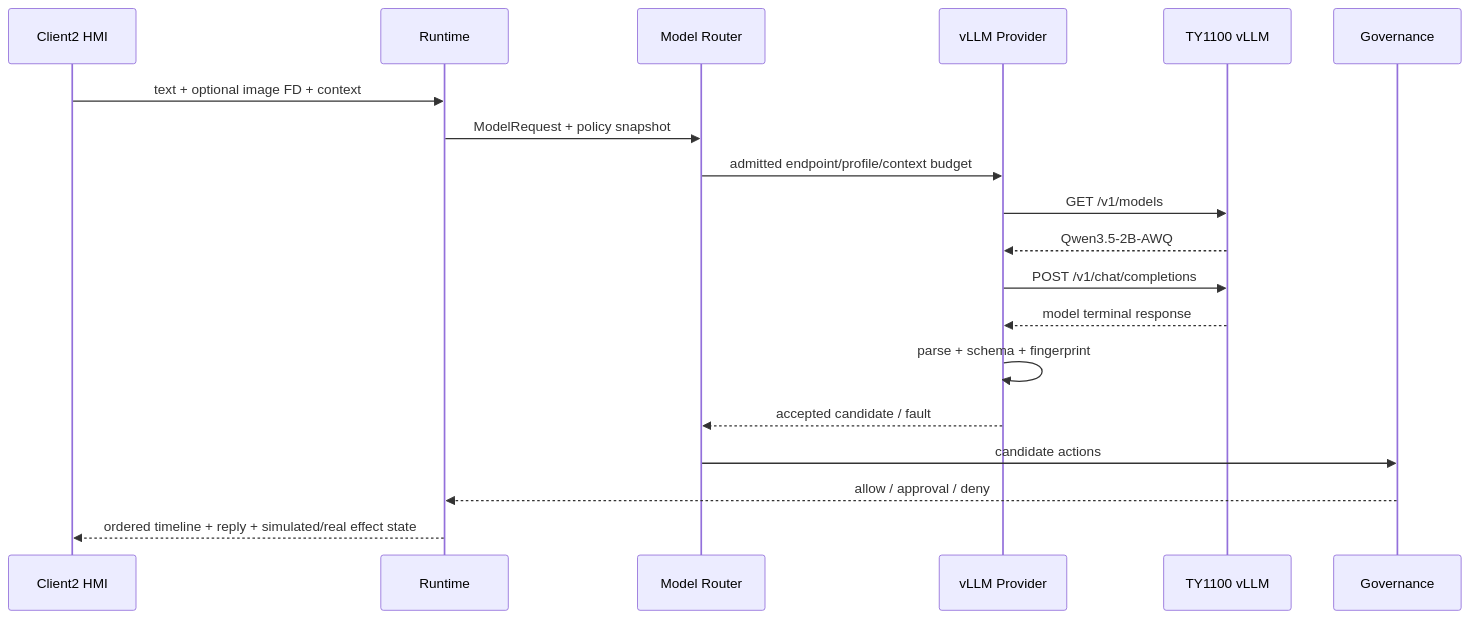
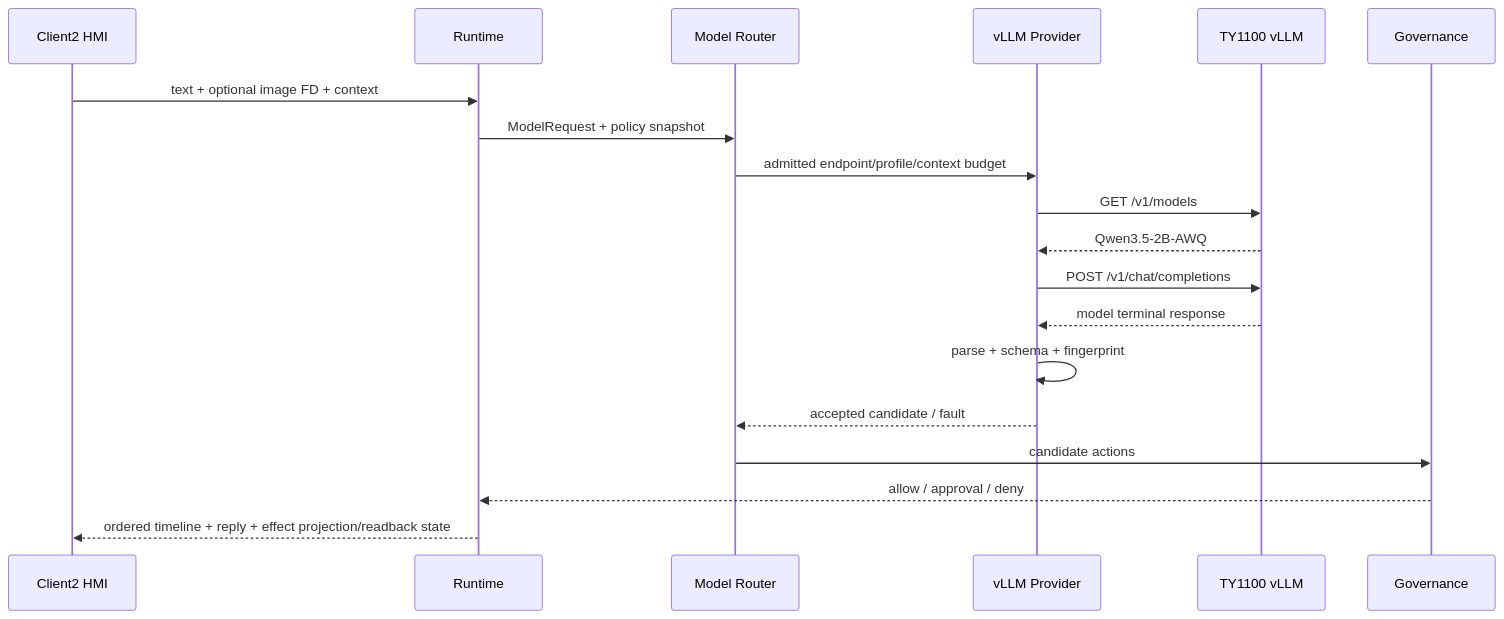
The diagram in docs/modules/11a-openclaw-production-ethernet-api.md (LucasWEIchen/CougarOS), drawn with Mermaid before and after one commit. The commit also changed other lines of this file and 6 other files, not shown here.

````diff
--- a/docs/modules/11a-openclaw-production-ethernet-api.md
+++ b/docs/modules/11a-openclaw-production-ethernet-api.md
@@ -185,21 +204,21 @@
 ```mermaid
 sequenceDiagram
     participant H as Client2 HMI
     participant R as Runtime
     participant MR as Model Router
     participant V as vLLM Provider
     participant T as TY1100 vLLM
     participant G as Governance
     H->>R: text + optional image FD + context
     R->>MR: ModelRequest + policy snapshot
     MR->>V: admitted endpoint/profile/context budget
     V->>T: GET /v1/models
     T-->>V: Qwen3.5-2B-AWQ
     V->>T: POST /v1/chat/completions
     T-->>V: model terminal response
     V->>V: parse + schema + fingerprint
     V-->>MR: accepted candidate / fault
     MR->>G: candidate actions
     G-->>R: allow / approval / deny
-    R-->>H: ordered timeline + reply + simulated/real effect state
+    R-->>H: ordered timeline + reply + effect projection/readback state
 ```
````
